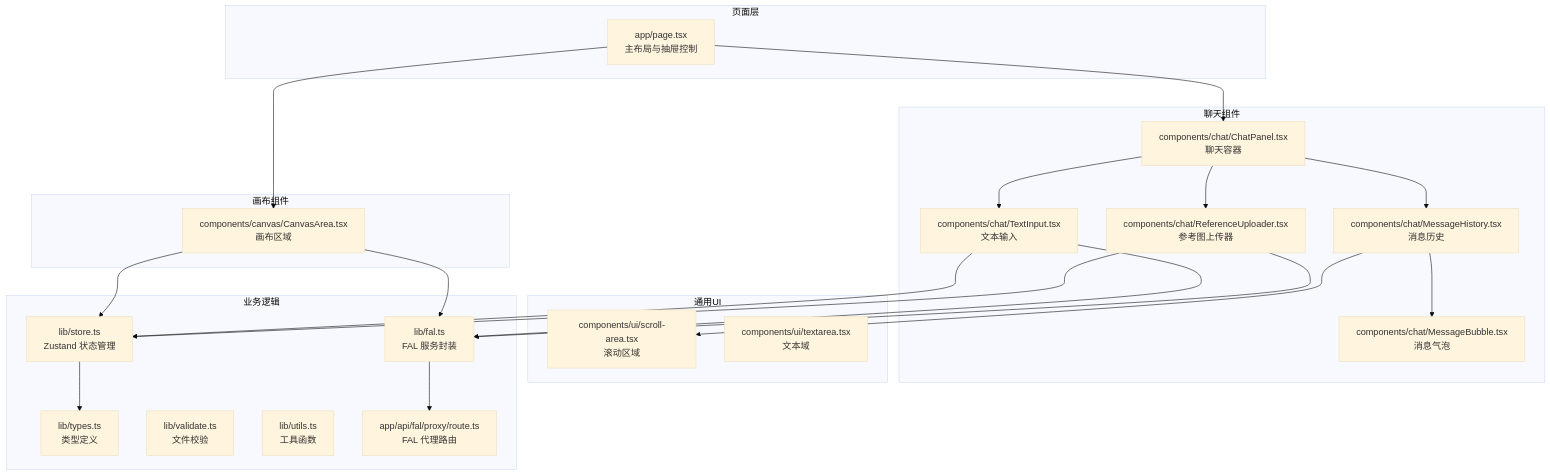
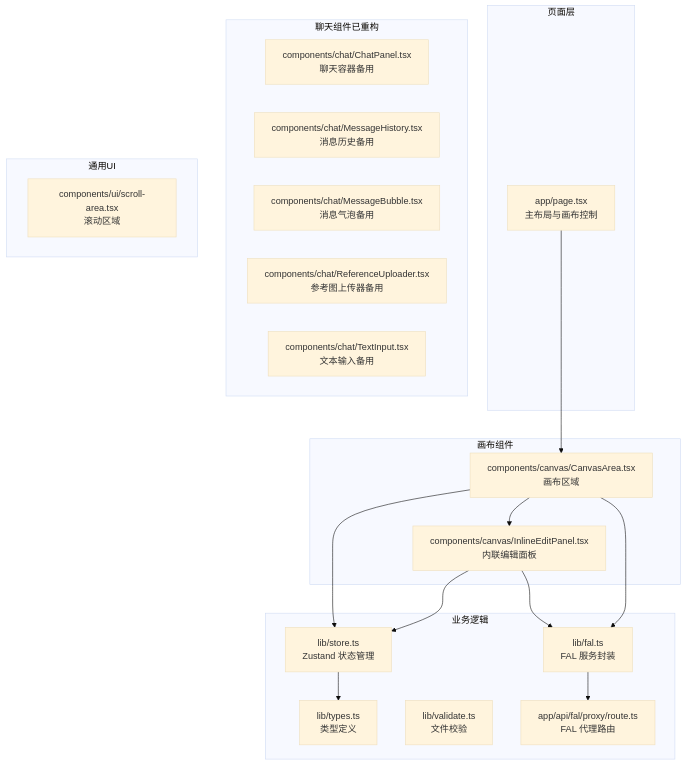
One commit to billye220670/BananaFlow2 changed the first of 5 diagrams in .qoder/repowiki/zh/content/核心功能模块/聊天界面系统.md. Above: the diagram before and after it, drawn with Mermaid (base theme). The commit also changed other lines of this file and 29 other files, not shown here.

````diff
--- a/.qoder/repowiki/zh/content/核心功能模块/聊天界面系统.md
+++ b/.qoder/repowiki/zh/content/核心功能模块/聊天界面系统.md
@@ -41,43 +48,35 @@
 ```mermaid
 graph TB
 subgraph "页面层"
-Page["app/page.tsx<br/>主布局与抽屉控制"]
-end
-subgraph "聊天组件"
-ChatPanel["components/chat/ChatPanel.tsx<br/>聊天容器"]
-MessageHistory["components/chat/MessageHistory.tsx<br/>消息历史"]
-MessageBubble["components/chat/MessageBubble.tsx<br/>消息气泡"]
-ReferenceUploader["components/chat/ReferenceUploader.tsx<br/>参考图上传器"]
-TextInput["components/chat/TextInput.tsx<br/>文本输入"]
+Page["app/page.tsx<br/>主布局与画布控制"]
 end
 subgraph "画布组件"
 CanvasArea["components/canvas/CanvasArea.tsx<br/>画布区域"]
+InlineEditPanel["components/canvas/InlineEditPanel.tsx<br/>内联编辑面板"]
+end
+subgraph "聊天组件已重构"
+ChatPanel["components/chat/ChatPanel.tsx<br/>聊天容器备用"]
+MessageHistory["components/chat/MessageHistory.tsx<br/>消息历史备用"]
+MessageBubble["components/chat/MessageBubble.tsx<br/>消息气泡备用"]
+ReferenceUploader["components/chat/ReferenceUploader.tsx<br/>参考图上传器备用"]
+TextInput["components/chat/TextInput.tsx<br/>文本输入备用"]
 end
 subgraph "通用UI"
 ScrollArea["components/ui/scroll-area.tsx<br/>滚动区域"]
-Textarea["components/ui/textarea.tsx<br/>文本域"]
 end
 subgraph "业务逻辑"
 Store["lib/store.ts<br/>Zustand 状态管理"]
 Types["lib/types.ts<br/>类型定义"]
 Fal["lib/fal.ts<br/>FAL 服务封装"]
 Validate["lib/validate.ts<br/>文件校验"]
-Utils["lib/utils.ts<br/>工具函数"]
 Proxy["app/api/fal/proxy/route.ts<br/>FAL 代理路由"]
 end
-Page --> ChatPanel
 Page --> CanvasArea
-ChatPanel --> MessageHistory
-ChatPanel --> ReferenceUploader
-ChatPanel --> TextInput
-MessageHistory --> MessageBubble
-MessageHistory --> ScrollArea
-TextInput --> Store
-ReferenceUploader --> Store
+CanvasArea --> InlineEditPanel
 CanvasArea --> Store
-TextInput --> Fal
-ReferenceUploader --> Fal
+InlineEditPanel --> Store
+InlineEditPanel --> Fal
 CanvasArea --> Fal
 Store --> Types
 Fal --> Proxy
 ```
````
